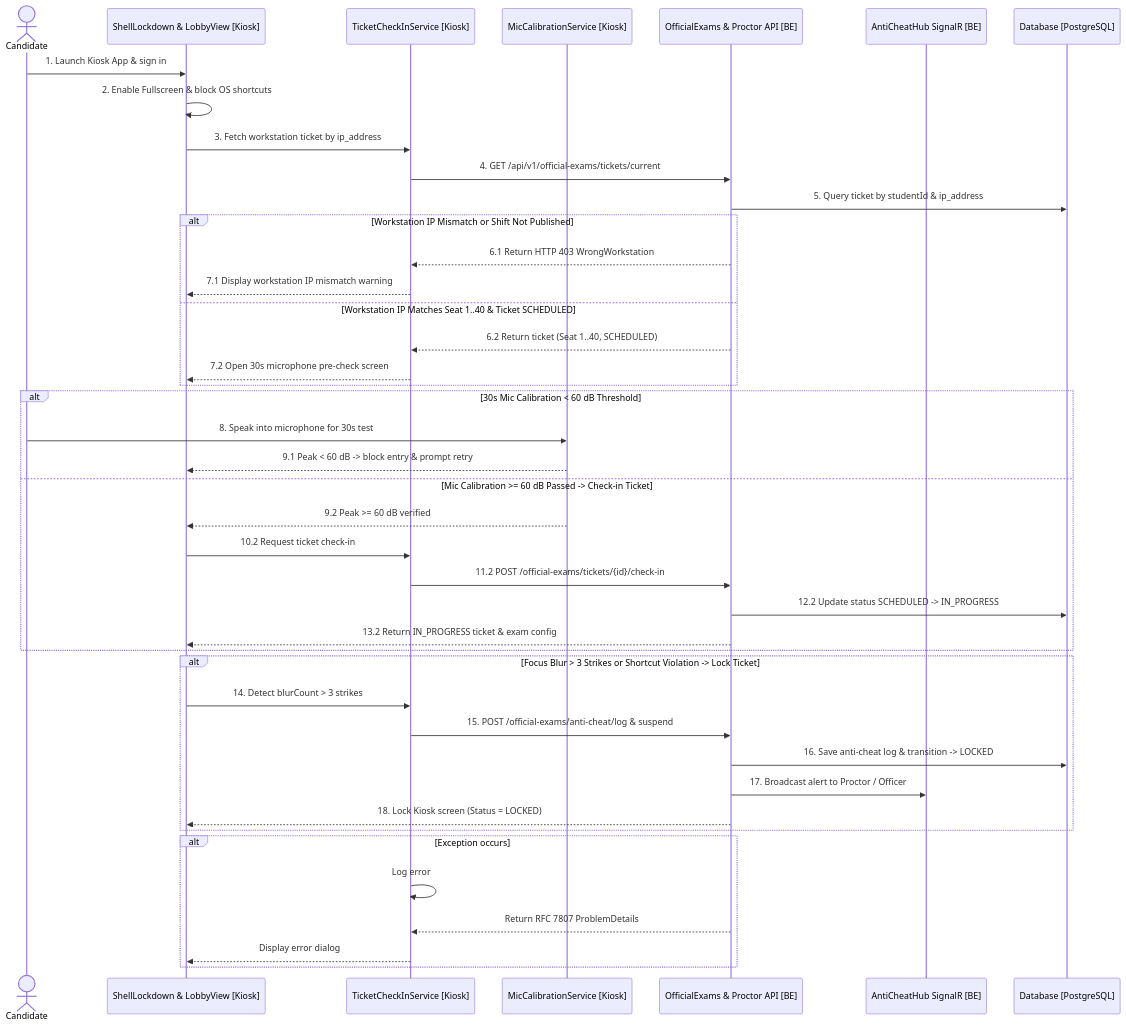
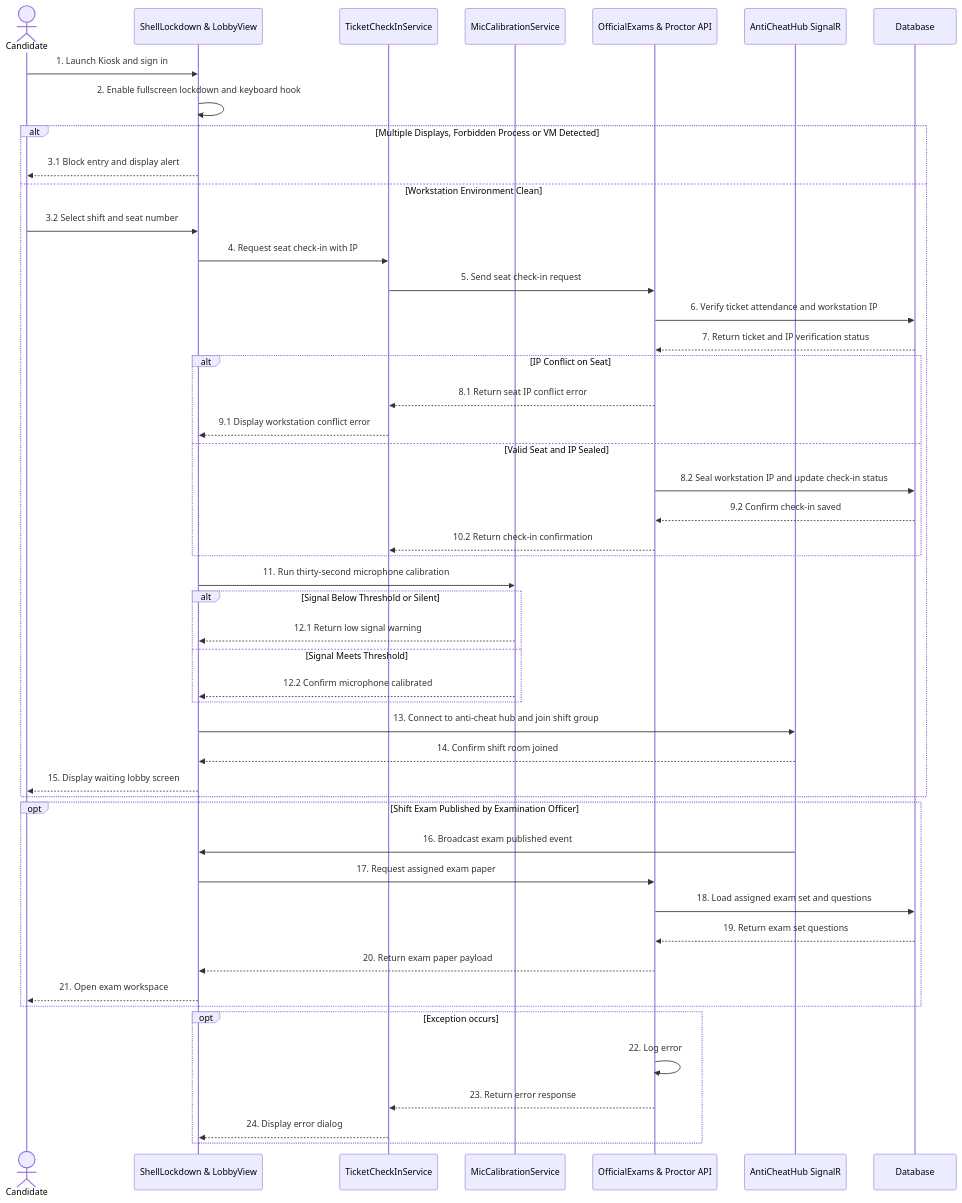
One commit to An-LLM-based-Oral-Examination/oral-exam-system changed the first of 2 diagrams in docs/Task Daily/Report4_NguyenQuangThanh/08_Desktop_Kiosk_Sequence_Diagrams_D09_D10/D09_D10_Desktop_Kiosk_Sequences_Specification_VI.md. Above: the diagram before and after it, drawn with Mermaid. The commit also changed other lines of this file and 146 other files, not shown here.

Commit message:
feat(academic-hierarchy,seeder): add class student management APIs and ready-to-test MF-04/MF-05 exam shifts

````diff
--- a/docs/Task Daily/Report4_NguyenQuangThanh/08_Desktop_Kiosk_Sequence_Diagrams_D09_D10/D09_D10_Desktop_Kiosk_Sequences_Specification_VI.md
+++ b/docs/Task Daily/Report4_NguyenQuangThanh/08_Desktop_Kiosk_Sequence_Diagrams_D09_D10/D09_D10_Desktop_Kiosk_Sequences_Specification_VI.md
@@ -33,49 +33,58 @@
 ```mermaid
 sequenceDiagram
     actor Candidate as Candidate
-    participant Lobby as ShellLockdown & LobbyView [Kiosk]
-    participant CheckIn as TicketCheckInService [Kiosk]
-    participant Mic as MicCalibrationService [Kiosk]
-    participant API as OfficialExams & Proctor API [BE]
-    participant Hub as AntiCheatHub SignalR [BE]
-    participant DB as Database [PostgreSQL]
+    participant Lobby as ShellLockdown & LobbyView
+    participant CheckIn as TicketCheckInService
+    participant Mic as MicCalibrationService
+    participant API as OfficialExams & Proctor API
+    participant Hub as AntiCheatHub SignalR
+    participant DB as Database
 
-    Candidate->>Lobby: 1. Launch Kiosk App & sign in
-    Lobby->>Lobby: 2. Enable Fullscreen & block OS shortcuts
-    Lobby->>CheckIn: 3. Fetch workstation ticket by ip_address
-    CheckIn->>API: 4. GET /api/v1/official-exams/tickets/current
-    API->>DB: 5. Query ticket by studentId & ip_address
+    Candidate->>Lobby: 1. Launch Kiosk and sign in
+    Lobby->>Lobby: 2. Enable fullscreen lockdown and keyboard hook
 
-    alt Workstation IP Mismatch or Shift Not Published
-        API-->>CheckIn: 6.1 Return HTTP 403 WrongWorkstation
-        CheckIn-->>Lobby: 7.1 Display workstation IP mismatch warning
-    else Workstation IP Matches Seat 1..40 & Ticket SCHEDULED
-        API-->>CheckIn: 6.2 Return ticket (Seat 1..40, SCHEDULED)
-        CheckIn-->>Lobby: 7.2 Open 30s microphone pre-check screen
+    alt Multiple Displays, Forbidden Process or VM Detected
+        Lobby-->>Candidate: 3.1 Block entry and display alert
+    else Workstation Environment Clean
+        Candidate->>Lobby: 3.2 Select shift and seat number
+        Lobby->>CheckIn: 4. Request seat check-in with IP
+        CheckIn->>API: 5. Send seat check-in request
+        API->>DB: 6. Verify ticket attendance and workstation IP
+        DB-->>API: 7. Return ticket and IP verification status
+
+        alt IP Conflict on Seat
+            API-->>CheckIn: 8.1 Return seat IP conflict error
+            CheckIn-->>Lobby: 9.1 Display workstation conflict error
+        else Valid Seat and IP Sealed
+            API->>DB: 8.2 Seal workstation IP and update check-in status
+            DB-->>API: 9.2 Confirm check-in saved
+            API-->>CheckIn: 10.2 Return check-in confirmation
+        end
+
+        Lobby->>Mic: 11. Run thirty-second microphone calibration
+        alt Signal Below Threshold or Silent
+            Mic-->>Lobby: 12.1 Return low signal warning
+        else Signal Meets Threshold
+            Mic-->>Lobby: 12.2 Confirm microphone calibrated
+        end
+
+        Lobby->>Hub: 13. Connect to anti-cheat hub and join shift group
+        Hub-->>Lobby: 14. Confirm shift room joined
+        Lobby-->>Candidate: 15. Display waiting lobby screen
     end
 
-    alt 30s Mic Calibration < 60 dB Threshold
-        Candidate->>Mic: 8. Speak into microphone for 30s test
-        Mic-->>Lobby: 9.1 Peak < 60 dB -> block entry & prompt retry
-    else Mic Calibration >= 60 dB Passed -> Check-in Ticket
-        Mic-->>Lobby: 9.2 Peak >= 60 dB verified
-        Lobby->>CheckIn: 10.2 Request ticket check-in
-        CheckIn->>API: 11.2 POST /official-exams/tickets/{id}/check-in
-        API->>DB: 12.2 Update status SCHEDULED -> IN_PROGRESS
-        API-->>Lobby: 13.2 Return IN_PROGRESS ticket & exam config
+    opt Shift Exam Published by Examination Officer
+        Hub->>Lobby: 16. Broadcast exam published event
+        Lobby->>API: 17. Request assigned exam paper
+        API->>DB: 18. Load assigned exam set and questions
+        DB-->>API: 19. Return exam set questions
+        API-->>Lobby: 20. Return exam paper payload
+        Lobby-->>Candidate: 21. Open exam workspace
     end
 
-    alt Focus Blur > 3 Strikes or Shortcut Violation -> Lock Ticket
-        Lobby->>CheckIn: 14. Detect blurCount > 3 strikes
-        CheckIn->>API: 15. POST /official-exams/anti-cheat/log & suspend
-        API->>DB: 16. Save anti-cheat log & transition -> LOCKED
-        API->>Hub: 17. Broadcast alert to Proctor / Officer
-        API-->>Lobby: 18. Lock Kiosk screen (Status = LOCKED)
-    end
-
-    alt Exception occurs
-        CheckIn->>CheckIn: Log error
-        API-->>CheckIn: Return RFC 7807 ProblemDetails
-        CheckIn-->>Lobby: Display error dialog
+    opt Exception occurs
+        API->>API: 22. Log error
+        API-->>CheckIn: 23. Return error response
+        CheckIn-->>Lobby: 24. Display error dialog
     end
 ```
````
